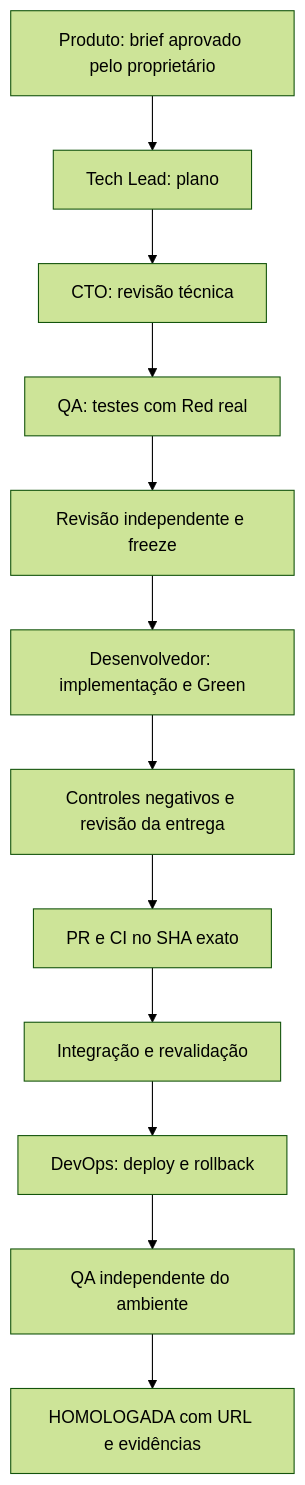
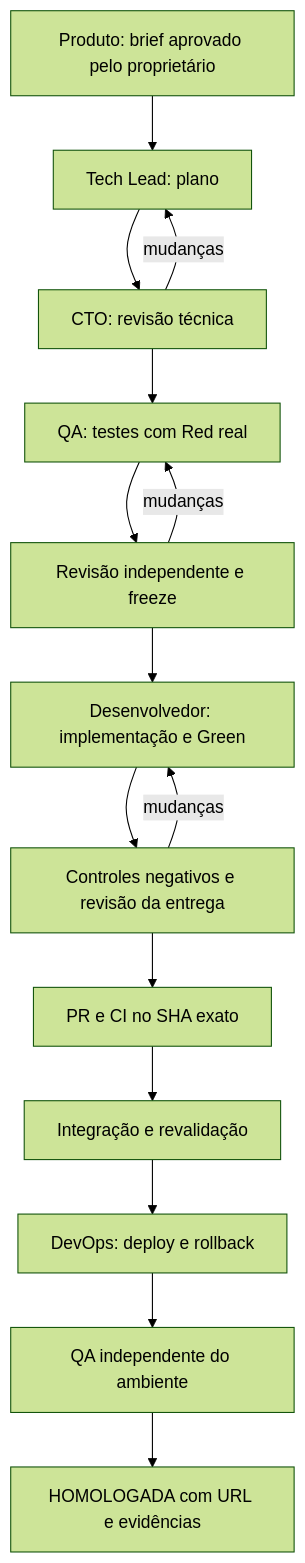
Before and after one commit to codifydeep/fabriquinha: the second of 2 diagrams in README.md, drawn with Mermaid (forest theme). The commit also changed other lines of this file and 4 other files, not shown here.

Commit message:
Update recovery diagrams and real-agent qualification progress

````diff
--- a/README.md
+++ b/README.md
@@ -57,14 +59,17 @@
 ```mermaid
 flowchart TD
     B[Produto: brief aprovado pelo proprietário] --> P[Tech Lead: plano]
     P --> C[CTO: revisão técnica]
+    C -->|mudanças| P
     C --> T[QA: testes com Red real]
     T --> F[Revisão independente e freeze]
+    F -->|mudanças| T
     F --> I[Desenvolvedor: implementação e Green]
     I --> N[Controles negativos e revisão da entrega]
+    N -->|mudanças| I
     N --> PR[PR e CI no SHA exato]
     PR --> M[Integração e revalidação]
     M --> D[DevOps: deploy e rollback]
     D --> Q[QA independente do ambiente]
     Q --> H[HOMOLOGADA com URL e evidências]
 ```
````
